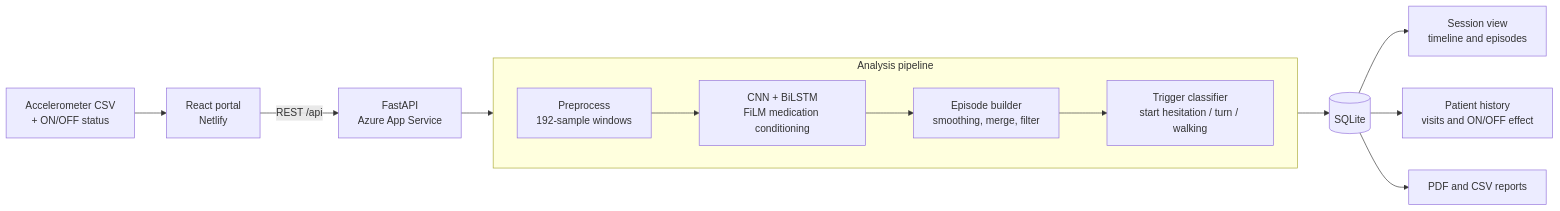
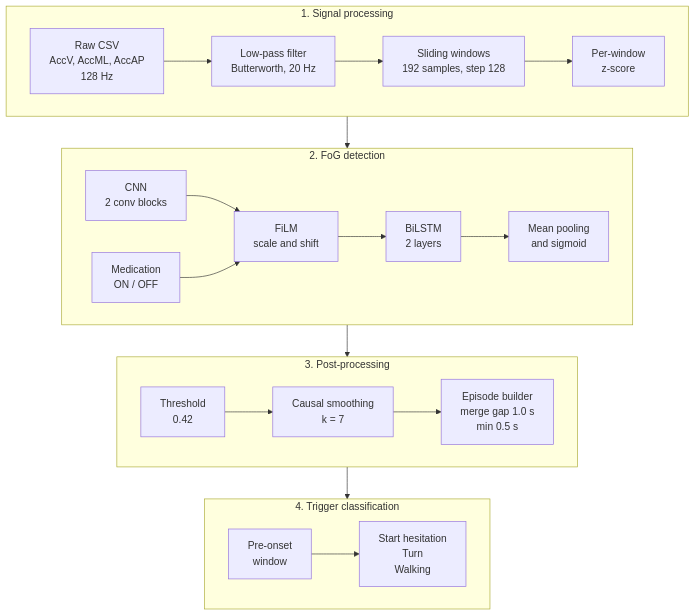
One commit to atifanawaz/GaitSense-Deeplearning-for-Proactive-Freezing-of-Gait-Detection changed the third of 4 diagrams in README.md. Above: the diagram before and after it, drawn with Mermaid. The commit also changed other lines of this file, not shown here.

Commit message:
docs: full README with architecture diagrams

````diff
--- a/README.md
+++ b/README.md
@@ -26,18 +126,30 @@
 ```mermaid
-flowchart LR
-    A[Accelerometer CSV<br/>+ ON/OFF status] --> B[React portal<br/>Netlify]
-    B -->|REST /api| C[FastAPI<br/>Azure App Service]
-
-    subgraph P[Analysis pipeline]
+flowchart TB
+    subgraph SP["1. Signal processing"]
         direction LR
-        D[Preprocess<br/>192-sample windows] --> E[CNN + BiLSTM<br/>FiLM medication conditioning]
-        E --> F[Episode builder<br/>smoothing, merge, filter]
-        F --> G[Trigger classifier<br/>start hesitation / turn / walking]
+        A["Raw CSV<br/>AccV, AccML, AccAP<br/>128 Hz"] --> B["Low-pass filter<br/>Butterworth, 20 Hz"]
+        B --> C["Sliding windows<br/>192 samples, step 128"]
+        C --> D["Per-window<br/>z-score"]
     end
 
-    C --> D
-    G --> H[(SQLite)]
-    H --> I[Session view<br/>timeline and episodes]
-    H --> J[Patient history<br/>visits and ON/OFF effect]
-    H --> K[PDF and CSV reports]
+    subgraph DET["2. FoG detection"]
+        direction LR
+        E["CNN<br/>2 conv blocks"] --> F["FiLM<br/>scale and shift"]
+        F --> G["BiLSTM<br/>2 layers"]
+        G --> H["Mean pooling<br/>and sigmoid"]
+        MED["Medication<br/>ON / OFF"] --> F
+    end
+
+    subgraph POST["3. Post-processing"]
+        direction LR
+        I["Threshold<br/>0.42"] --> J["Causal smoothing<br/>k = 7"]
+        J --> K["Episode builder<br/>merge gap 1.0 s<br/>min 0.5 s"]
+    end
+
+    subgraph TRG["4. Trigger classification"]
+        direction LR
+        L["Pre-onset<br/>window"] --> N["Start hesitation<br/>Turn<br/>Walking"]
+    end
+
+    SP --> DET --> POST --> TRG
 ```
````
